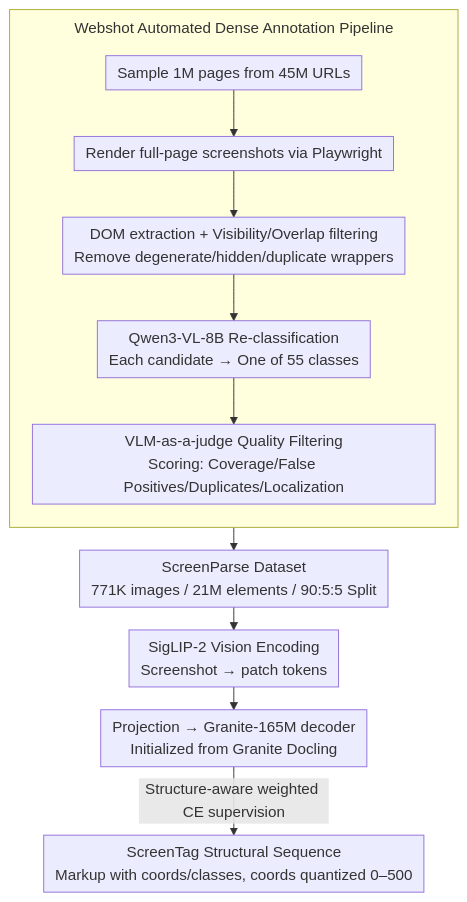
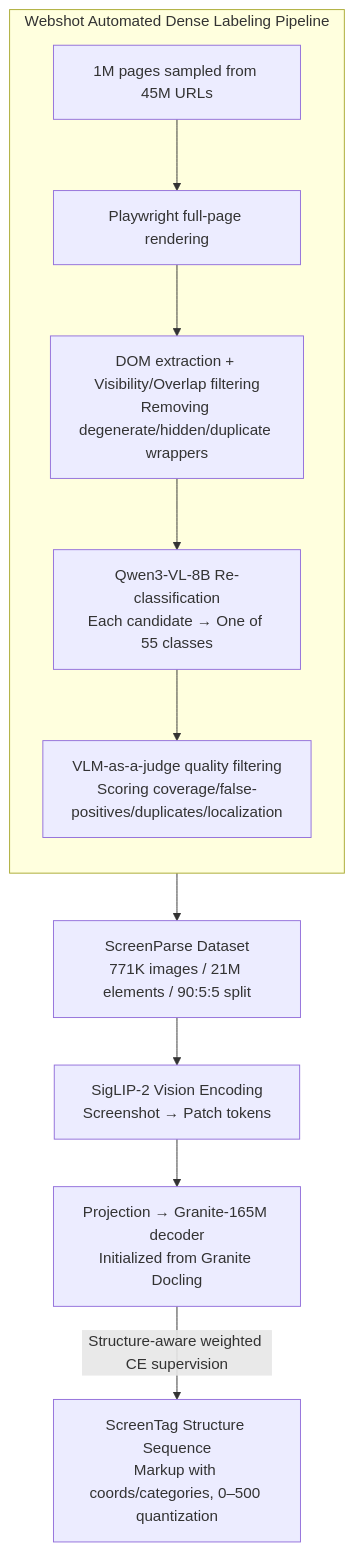
The diagram in docs/ICML2026/multimodal_vlm/screenparse_moving_beyond_sparse_grounding_with_complete_screen_parsing_supervis.md (zhaoyang97/Paper-Notes-en), drawn with Mermaid before and after one commit. The commit also changed other lines of this file and 5084 other files, not shown here.

````diff
--- a/docs/ICML2026/multimodal_vlm/screenparse_moving_beyond_sparse_grounding_with_complete_screen_parsing_supervis.md
+++ b/docs/ICML2026/multimodal_vlm/screenparse_moving_beyond_sparse_grounding_with_complete_screen_parsing_supervis.md
@@ -44,15 +44,14 @@
 ```mermaid
-%%{init: {'flowchart': {'rankSpacing': 24, 'nodeSpacing': 28, 'padding': 6, 'wrappingWidth': 400, 'subGraphTitleMargin': {'top': 8, 'bottom': 16}}}}%%
-flowchart TD
-    subgraph WS["Webshot Automated Dense Annotation Pipeline"]
+graph TD
+    subgraph WS["Webshot Automated Dense Labeling Pipeline"]
         direction TB
-        A["Sample 1M pages from 45M URLs"] --> B["Render full-page screenshots via Playwright"]
-        B --> C["DOM extraction + Visibility/Overlap filtering<br/>Remove degenerate/hidden/duplicate wrappers"]
+        A["1M pages sampled from 45M URLs"] --> B["Playwright full-page rendering"]
+        B --> C["DOM extraction + Visibility/Overlap filtering<br/>Removing degenerate/hidden/duplicate wrappers"]
         C --> D["Qwen3-VL-8B Re-classification<br/>Each candidate → One of 55 classes"]
-        D --> E["VLM-as-a-judge Quality Filtering<br/>Scoring: Coverage/False Positives/Duplicates/Localization"]
+        D --> E["VLM-as-a-judge quality filtering<br/>Scoring coverage/false-positives/duplicates/localization"]
     end
-    E --> F["ScreenParse Dataset<br/>771K images / 21M elements / 90:5:5 Split"]
-    F --> G["SigLIP-2 Vision Encoding<br/>Screenshot → patch tokens"]
+    E --> F["ScreenParse Dataset<br/>771K images / 21M elements / 90:5:5 split"]
+    F --> G["SigLIP-2 Vision Encoding<br/>Screenshot → Patch tokens"]
     G --> H["Projection → Granite-165M decoder<br/>Initialized from Granite Docling"]
-    H -->|Structure-aware weighted CE supervision| I["ScreenTag Structural Sequence<br/>Markup with coords/classes, coords quantized 0–500"]
+    H -->|Structure-aware weighted CE supervision| I["ScreenTag Structure Sequence<br/>Markup with coords/categories, 0–500 quantization"]
 ```
````
